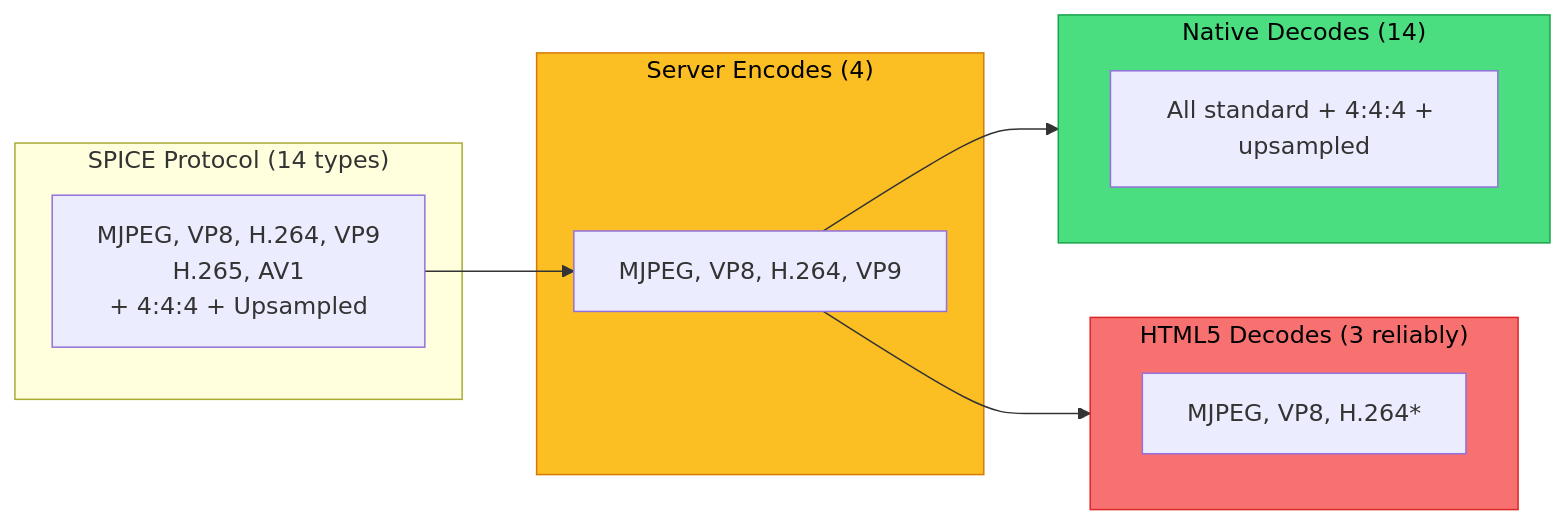
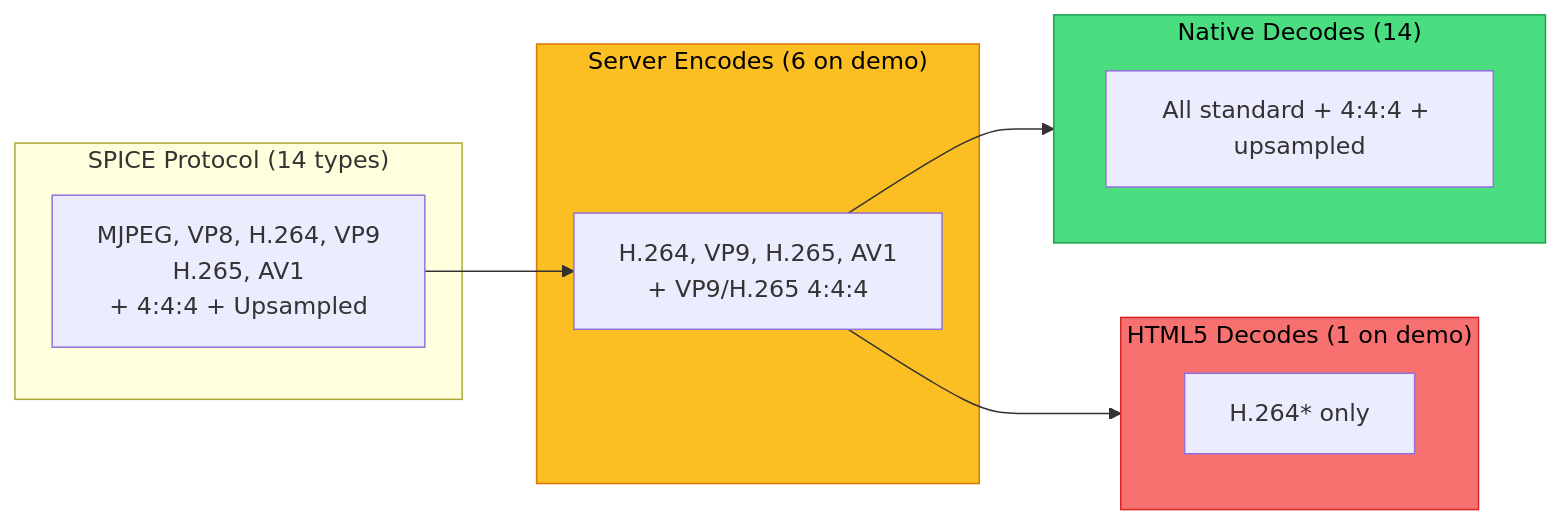
The second of 2 diagrams in presentation/slides.md (2002Bishwajeet/osvdi-evaluation), drawn with Mermaid before and after one commit. The commit also changed other lines of this file, not shown here.

First line of the commit message:
fix: resolve codec-claim contradictions; align demo slide with screenshots-only

````diff
--- a/presentation/slides.md
+++ b/presentation/slides.md
@@ -1564,21 +1564,21 @@
 ```mermaid {scale: 0.6}
 graph LR
     subgraph Protocol["SPICE Protocol (14 types)"]
         P[MJPEG, VP8, H.264, VP9<br/>H.265, AV1<br/>+ 4:4:4 + Upsampled]
     end
-    subgraph Server["Server Encodes (4)"]
-        S[MJPEG, VP8, H.264, VP9]
+    subgraph Server["Server Encodes (6 on demo)"]
+        S[H.264, VP9, H.265, AV1<br/>+ VP9/H.265 4:4:4]
     end
     subgraph Native["Native Decodes (14)"]
         N[All standard + 4:4:4 + upsampled]
     end
-    subgraph HTML5["HTML5 Decodes (3 reliably)"]
-        H[MJPEG, VP8, H.264*]
+    subgraph HTML5["HTML5 Decodes (1 on demo)"]
+        H[H.264* only]
     end
     P --> S
     S --> Native
     S --> HTML5
     style Server fill:#fbbf24,stroke:#d97706,color:#000
     style HTML5 fill:#f87171,stroke:#dc2626,color:#000
     style Native fill:#4ade80,stroke:#16a34a,color:#000
 ```
````
